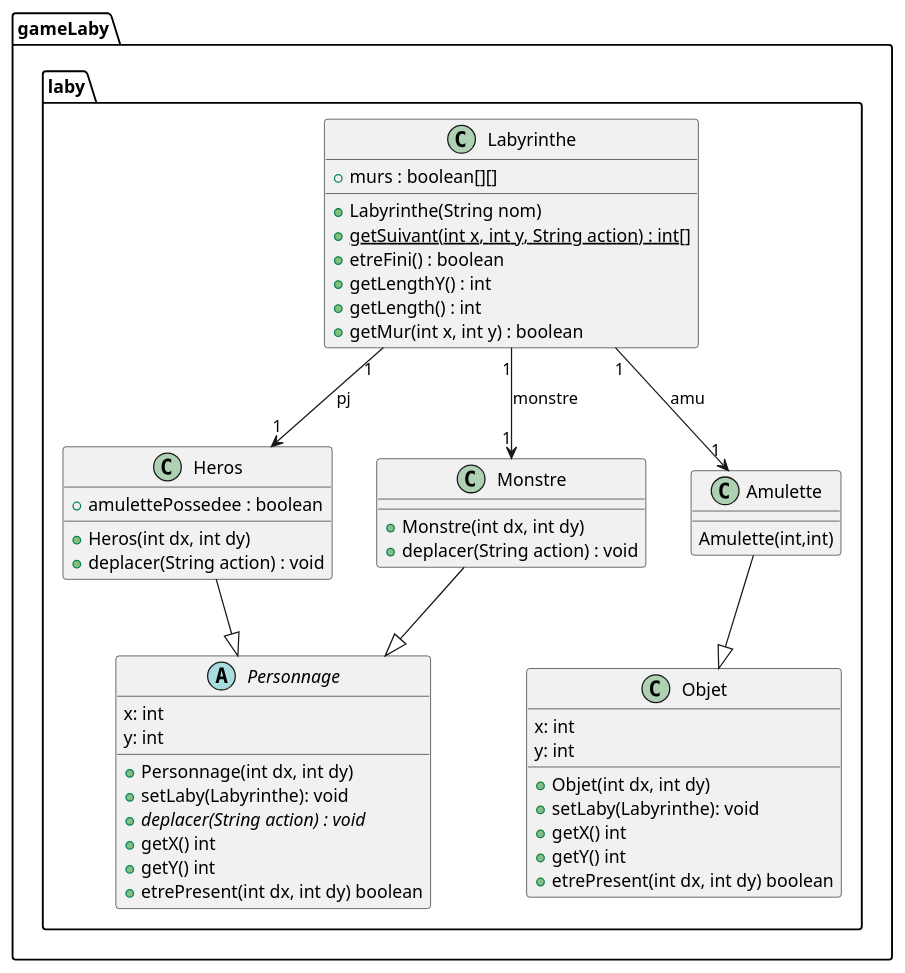
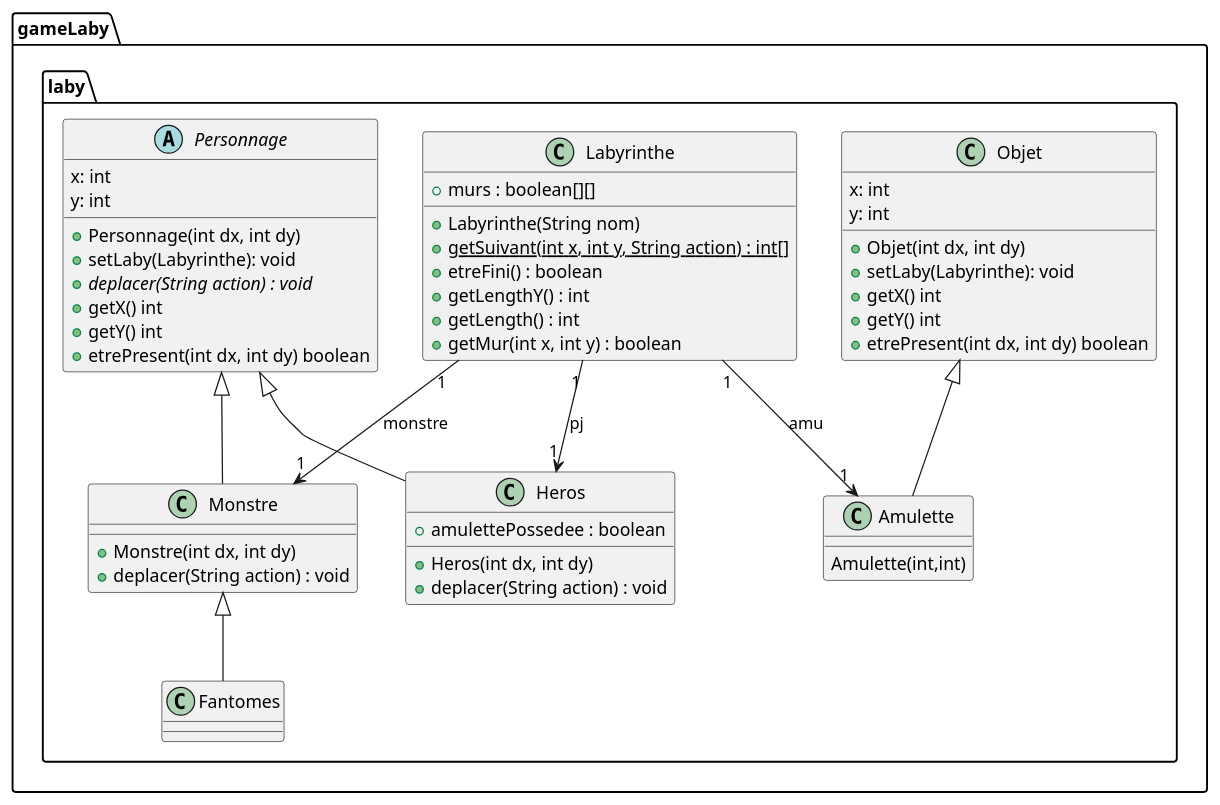
The diagram in documents/version_4/DC_LabyAmulette.puml (crochetremi/2025_Zeldiablo2_e20157u_e82008u_e89209u_e26078u), drawn with PlantUML before and after one commit. The commit also changed 2 other files, not shown here.

Commit message:
annulation temporaire fantome => nécessite une classe intermédiaire pour gérer plusieurs monstre

```diff
--- a/documents/version_4/DC_LabyAmulette.puml
+++ b/documents/version_4/DC_LabyAmulette.puml
@@ -1,152 +1,156 @@
 @startuml
 
 
 package "gameLaby.laby" {
 
     /'interface Jeu {
             +update(double secondes, Clavier clavier) : void
             +etreFini() : boolean
     }'/
 
     /'class Main {
         +{static} main(String[] args) : void
     }'/
 
     /'class MainLaby {
         +{static} main(String[] args) : void
     }'/
 
     /'class LabyJeu {
         '+laby : Labyrinthe
         +perso : Personnage
         +monstre : Personnage
         +LabyJeu():
         +LabyJeu(String):
         +update(double secondes, Clavier clavier) : void
         +init() : void
         +etreFini() : boolean
     }'/
 
     /'class LabyDessin {
         +dessinerJeu(Jeu jeu, Canvas canvas) : void
     }'/
 
     class Labyrinthe {
         /'
         +{static} MUR : char = 'X'
         +{static} PJ : char = 'P'
         +{static} M : char = 'M'
         +{static} VIDE : char = '.'
         +{static} HAUT : String = "Haut"
         +{static} BAS : String = "Bas"
         +{static} GAUCHE : String = "Gauche"
         +{static} DROITE : String = "Droite"
         '/
         +murs : boolean[][]
         +Labyrinthe(String nom)
         +{static} getSuivant(int x, int y, String action) : int[]
         +etreFini() : boolean
         +getLengthY() : int
         +getLength() : int
         +getMur(int x, int y) : boolean
     }
 
         abstract class Personnage {
             x: int
             y: int
             +Personnage(int dx, int dy)
             +setLaby(Labyrinthe): void
             +{abstract} deplacer(String action) : void
             +getX() int
             +getY() int
             +etrePresent(int dx, int dy) boolean
         }
 
 
     class Heros {
         + amulettePossedee : boolean
         +Heros(int dx, int dy)
         +deplacer(String action) : void
     }
 
     class Monstre {
         +Monstre(int dx, int dy)
         +deplacer(String action) : void
     }
 
+    class Fantomes{
+    }
+
     class Objet{
         x: int
         y: int
         +Objet(int dx, int dy)
         +setLaby(Labyrinthe): void
         +getX() int
         +getY() int
         +etrePresent(int dx, int dy) boolean
     }
 
     class Amulette{
         Amulette(int,int)
     }
 
 }
 
 package "moteurJeu" {
     interface Jeu {
         +update(double secondes, Clavier clavier) : void
         +etreFini() : boolean
     }
 
     interface DessinJeu {
         +dessinerJeu(Jeu jeu, Canvas canvas) : void
     }
 
     class Clavier {
         +bas : boolean
         +haut : boolean
         +gauche : boolean
         +droite : boolean
     }
 
     class MoteurJeu {
         +{static} setTaille(int width, int height) : void
         +{static} setFPS(int fps) : void
         +{static} launch(Jeu jeu, DessinJeu dessin) : void
     }
 }
 
 ' Relations
 /'Jeu <|.. LabyJeu
 DessinJeu <|.. LabyDessin
 
 Labyrinthe --> Monstre
 Labyrinthe --> Heros
 
 
 LabyJeu --> Labyrinthe : contains
 Personnage <|-- Heros
 Personnage <|-- Monstre
 Labyrinthe --> Personnage
 
 
 Main ..> Labyrinthe : uses
 MainLaby ..> LabyJeu : creates
 MainLaby ..> LabyDessin : creates
 MainLaby ..> MoteurJeu : uses
 
 LabyJeu ..> Clavier : uses
 LabyDessin ..> LabyJeu : uses
 '/
 
 Labyrinthe "1" --> "1" Monstre : monstre
 Labyrinthe "1" --> "1" Heros : pj
 Labyrinthe "1" --> "1" Amulette : amu
 
-Heros --|> Personnage
-Monstre --|> Personnage
-Amulette --|> Objet
+Personnage <|-- Heros
+Personnage <|-- Monstre
+Monstre <|-- Fantomes
+Objet <|-- Amulette
 
 
 
 remove moteurJeu
 
 @enduml
```
